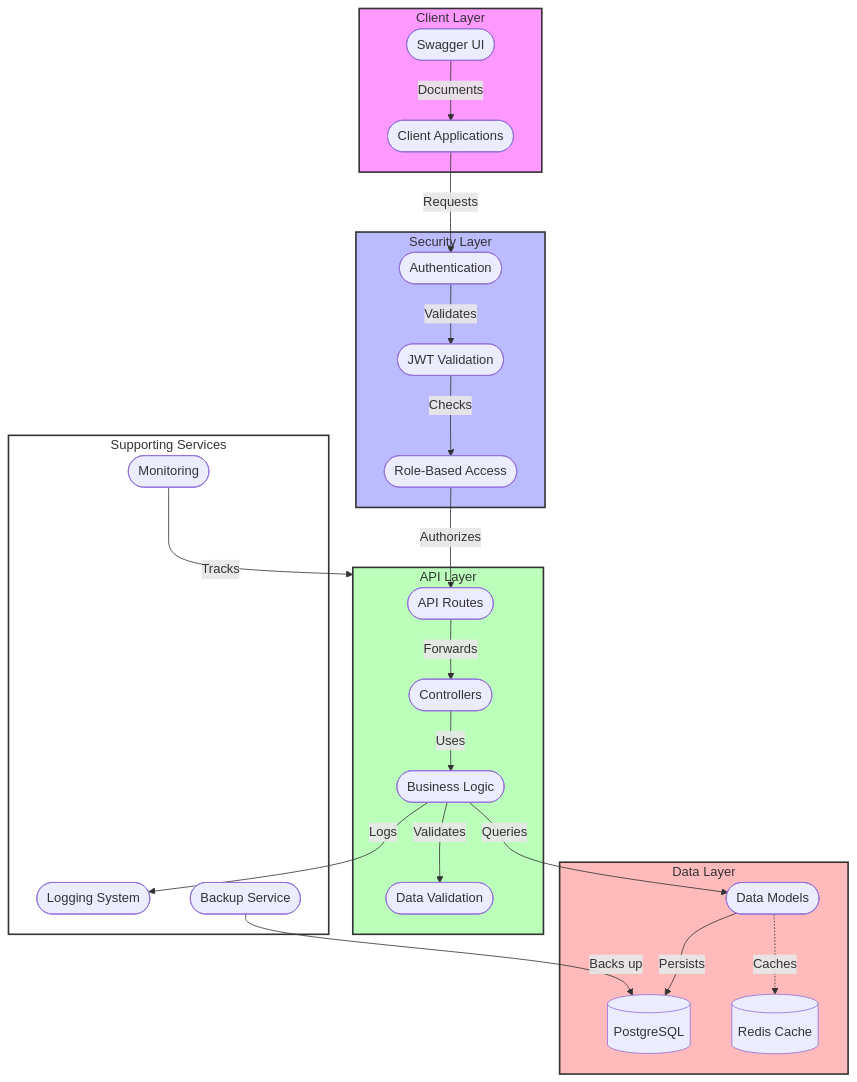
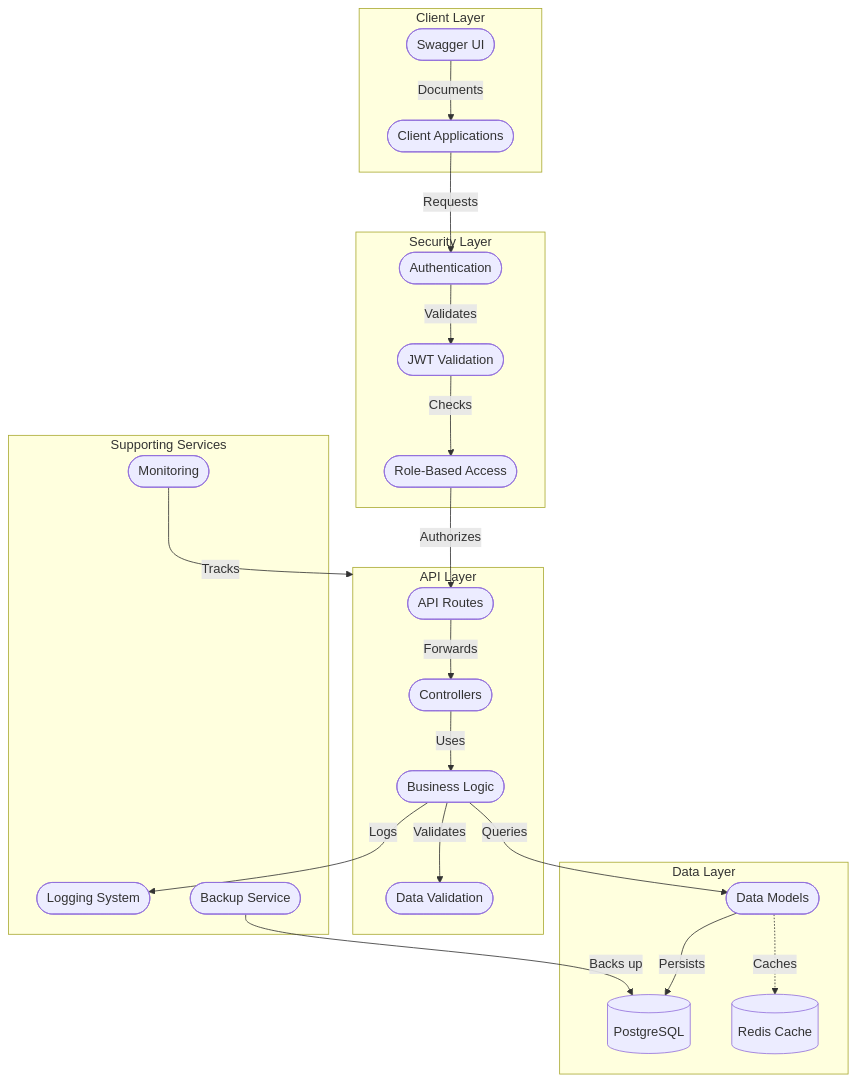
Before and after one commit to anshc022/imf-gadget-api: the diagram in README.md, drawn with Mermaid. The commit also changed other lines of this file, not shown here.

````diff
--- a/README.md
+++ b/README.md
@@ -45,54 +55,48 @@
 ```mermaid
 flowchart TD
     subgraph ClientLayer[Client Layer]
         Client([Client Applications])
         Swagger([Swagger UI])
     end
 
     subgraph SecurityLayer[Security Layer]
         Auth([Authentication])
         JWT([JWT Validation])
         RBAC([Role-Based Access])
     end
 
     subgraph APILayer[API Layer]
         Routes([API Routes])
         Controllers([Controllers])
         Services([Business Logic])
         Validation([Data Validation])
     end
 
     subgraph DataLayer[Data Layer]
         Models([Data Models])
         DB[(PostgreSQL)]
         Cache[(Redis Cache)]
     end
 
     subgraph Support[Supporting Services]
         Logger([Logging System])
         Monitor([Monitoring])
         Backup([Backup Service])
     end
 
     Client -->|Requests| Auth
     Swagger -->|Documents| Client
     Auth -->|Validates| JWT
     JWT -->|Checks| RBAC
     RBAC -->|Authorizes| Routes
     Routes -->|Forwards| Controllers
     Controllers -->|Uses| Services
     Services -->|Validates| Validation
     Services -->|Queries| Models
     Models -->|Persists| DB
     Models -.->|Caches| Cache
     
     Services -->|Logs| Logger
     Monitor -->|Tracks| APILayer
     Backup -->|Backs up| DB
-
-    style ClientLayer fill:#f9f,stroke:#333,stroke-width:2px
-    style SecurityLayer fill:#bbf,stroke:#333,stroke-width:2px
-    style APILayer fill:#bfb,stroke:#333,stroke-width:2px
-    style DataLayer fill:#fbb,stroke:#333,stroke-width:2px
-    style Support fill:#fff,stroke:#333,stroke-width:2px
 ```
````
